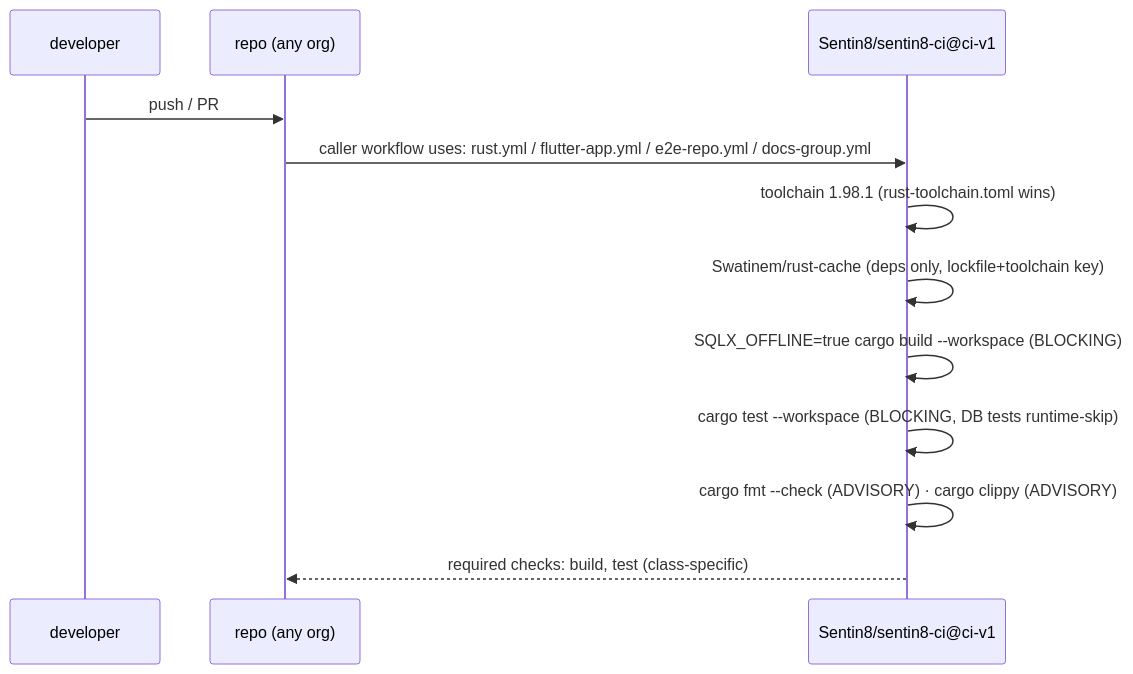
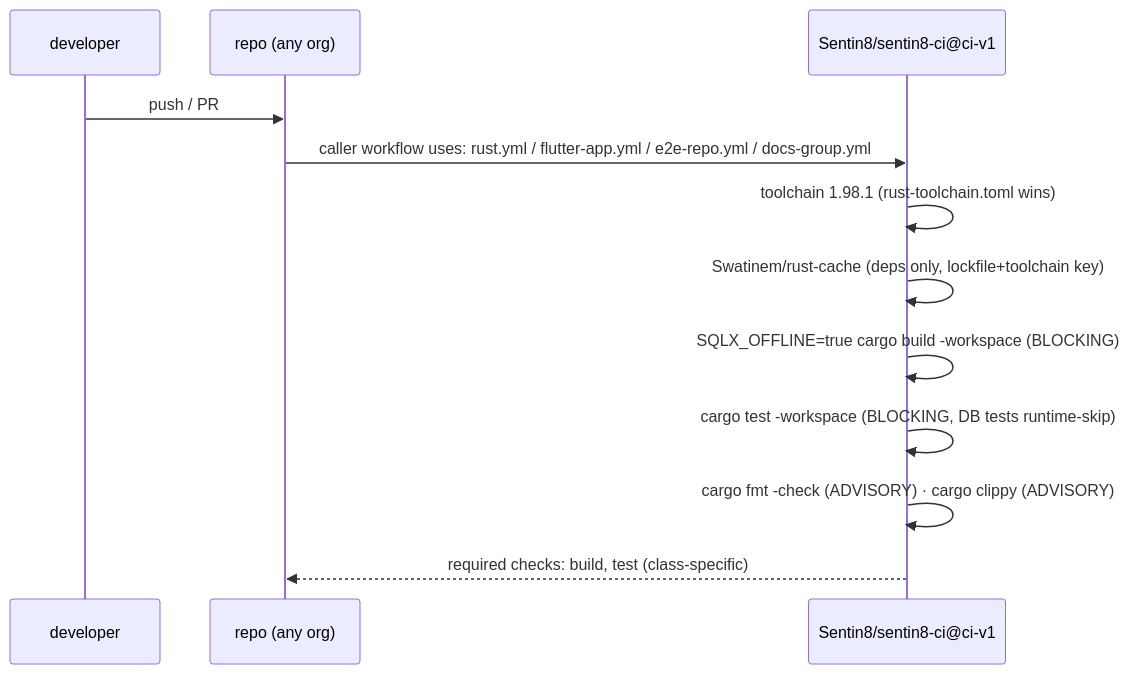
Before and after one commit to Sentin8/verticals: the second of 3 diagrams in design/sentin8-ci-github-actions-design.md, drawn with Mermaid. The commit also changed other lines of this file and 15 other files, not shown here.

````diff
--- a/design/sentin8-ci-github-actions-design.md
+++ b/design/sentin8-ci-github-actions-design.md
@@ -87,14 +87,14 @@
 ```mermaid
 sequenceDiagram
     participant Dev as developer
     participant Repo as repo (any org)
     participant CI as Sentin8/sentin8-ci@ci-v1
     Dev->>Repo: push / PR
     Repo->>CI: caller workflow uses: rust.yml / flutter-app.yml / e2e-repo.yml / docs-group.yml
     CI->>CI: toolchain 1.98.1 (rust-toolchain.toml wins)
     CI->>CI: Swatinem/rust-cache (deps only, lockfile+toolchain key)
-    CI->>CI: SQLX_OFFLINE=true cargo build --workspace (BLOCKING)
-    CI->>CI: cargo test --workspace (BLOCKING, DB tests runtime-skip)
-    CI->>CI: cargo fmt --check (ADVISORY) · cargo clippy (ADVISORY)
+    CI->>CI: SQLX_OFFLINE=true cargo build -workspace (BLOCKING)
+    CI->>CI: cargo test -workspace (BLOCKING, DB tests runtime-skip)
+    CI->>CI: cargo fmt -check (ADVISORY) · cargo clippy (ADVISORY)
     CI-->>Repo: required checks: build, test (class-specific)
 ```
````
